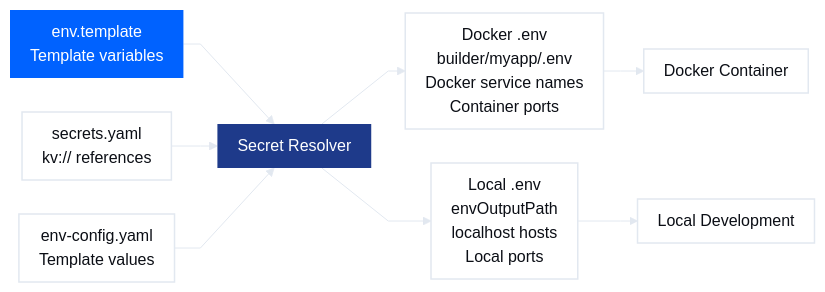
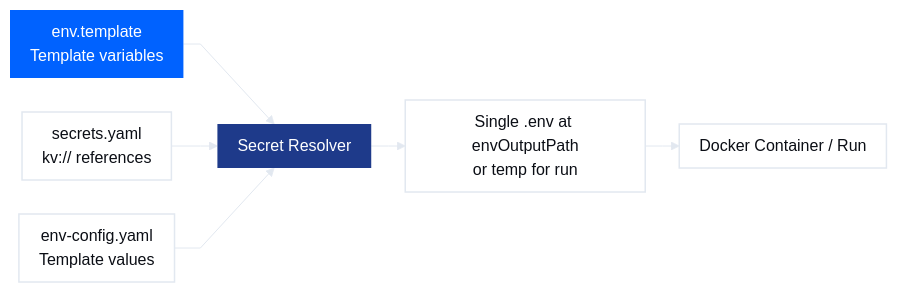
One commit to esystemsdev/aifabrix-builder changed the third of 3 diagrams in docs/building.md. Above: the diagram before and after it, drawn with Mermaid. The commit also changed other lines of this file and 118 other files, not shown here.

Commit message:
Release 2.41.0: docs, dev commands, secrets, remote docker, and related updates

````diff
--- a/docs/building.md
+++ b/docs/building.md
@@ -347,44 +332,41 @@
 ```mermaid
 %%{init: {
   "theme": "base",
   "themeVariables": {
     "fontFamily": "Poppins, Arial Rounded MT Bold, Arial, sans-serif",
     "fontSize": "16px",
     "background": "#FFFFFF",
     "primaryColor": "#F8FAFC",
     "primaryTextColor": "#0B0E15",
     "primaryBorderColor": "#E2E8F0",
     "lineColor": "#E2E8F0",
     "textColor": "#0B0E15",
     "borderRadius": 16
   },
   "flowchart": {
     "curve": "linear",
     "nodeSpacing": 34,
     "rankSpacing": 34,
     "padding": 10
   }
 }}%%
 
 flowchart LR
 
 %% =======================
 %% Styles
 %% =======================
 classDef base fill:#FFFFFF,color:#0B0E15,stroke:#E2E8F0,stroke-width:1.5px;
 classDef medium fill:#1E3A8A,color:#ffffff,stroke-width:0px;
 classDef primary fill:#0062FF,color:#ffffff,stroke-width:0px;
 
 %% =======================
 %% Flow
 %% =======================
 EnvTemplate[env.template<br/>Template variables]:::primary --> Resolver[Secret Resolver]:::medium
 Secrets[secrets.yaml<br/>kv:// references]:::base --> Resolver
 EnvConfig[env-config.yaml<br/>Template values]:::base --> Resolver
 
-Resolver --> DockerEnv[Docker .env<br/>builder/myapp/.env<br/>Docker service names<br/>Container ports]:::base
-Resolver --> LocalEnv[Local .env<br/>envOutputPath<br/>localhost hosts<br/>Local ports]:::base
-
-DockerEnv --> DockerContainer[Docker Container]:::base
-LocalEnv --> LocalDev[Local Development]:::base
+Resolver --> SingleEnv[Single .env at envOutputPath<br/>or temp for run]:::base
+SingleEnv --> DockerContainer[Docker Container / Run]:::base
 ```
````
